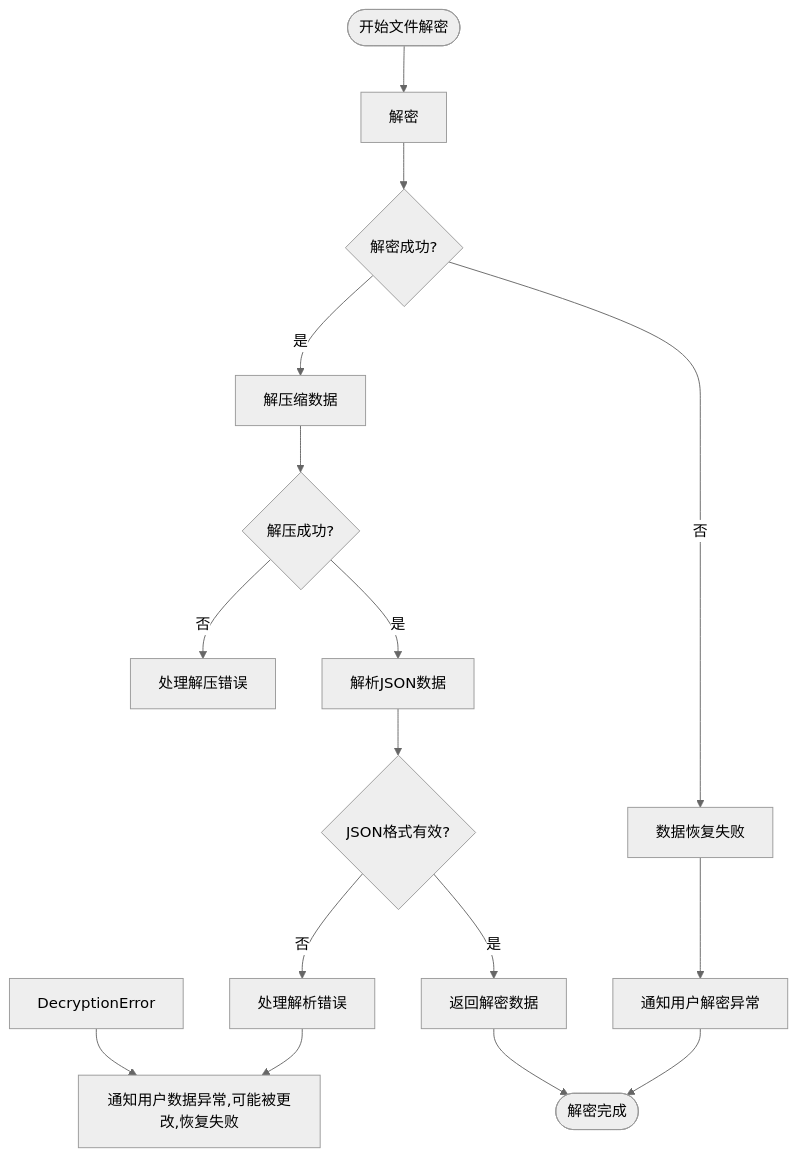
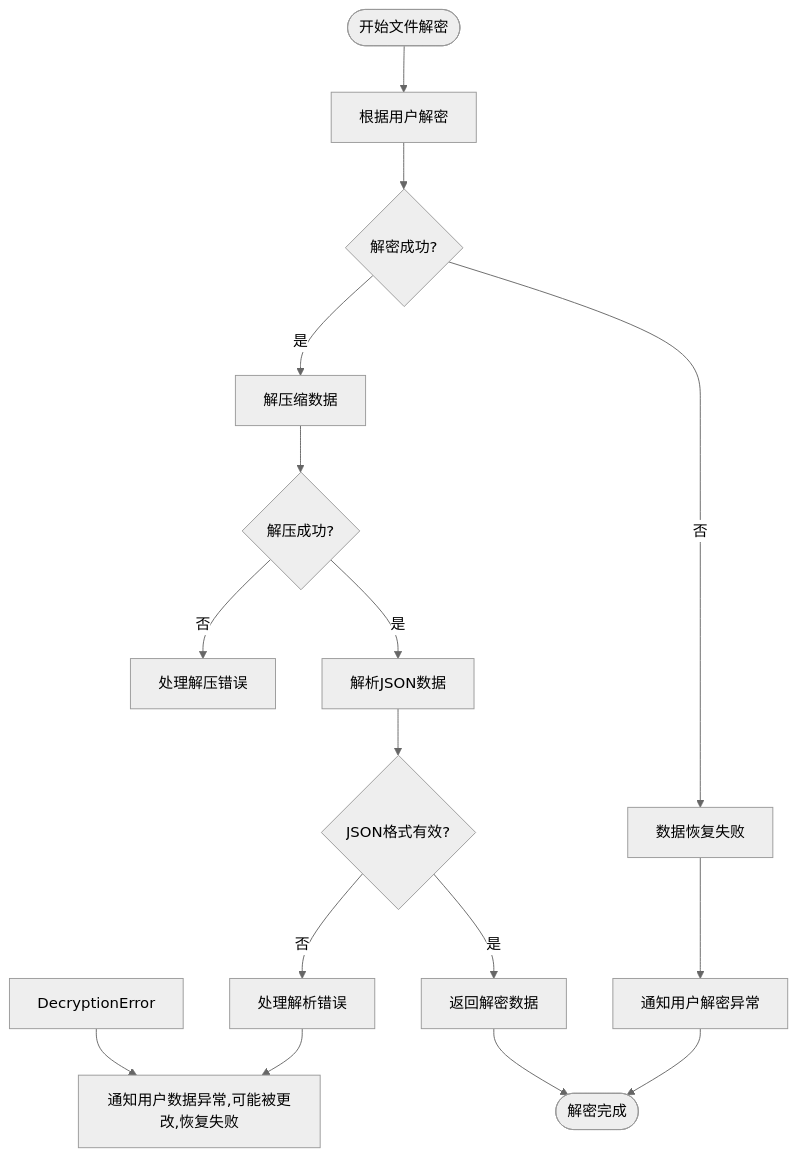
Before and after one commit to yingjianzh/iodraw-files: the diagram in all/未命名-53.md, drawn with Mermaid (neutral theme).

Commit message:
2025-05-09 18:12:43 update

````diff
--- a/all/未命名-53.md
+++ b/all/未命名-53.md
@@ -1,24 +1,24 @@
 ```mermaid
 flowchart TD
-    Start([开始文件解密]) --> ReadFile[解密]
+    Start([开始文件解密]) --> ReadFile[根据用户解密]
     ReadFile --> DecryptionSuccess{解密成功?}
     
     DecryptionSuccess -->|否| A[数据恢复失败]
     DecryptionSuccess -->|是| DecompressData[解压缩数据]
     
     DecompressData --> DecompressionSuccess{解压成功?}
     DecompressionSuccess -->|否| HandleDecompressError[处理解压错误]
     DecompressionSuccess -->|是| ParseJSON[解析JSON数据]
     
     ParseJSON --> JSONValid{JSON格式有效?}
     JSONValid -->|否| HandleParseError[处理解析错误]
     JSONValid -->|是| ReturnDecryptedData[返回解密数据]
     
     ReturnDecryptedData --> End([解密完成])
     
     DecryptionError --> LogError[通知用户数据异常,可能被更改,恢复失败]
     HandleParseError --> LogError
     
     A --> ThrowException[通知用户解密异常]
     ThrowException --> End
 ```
````
